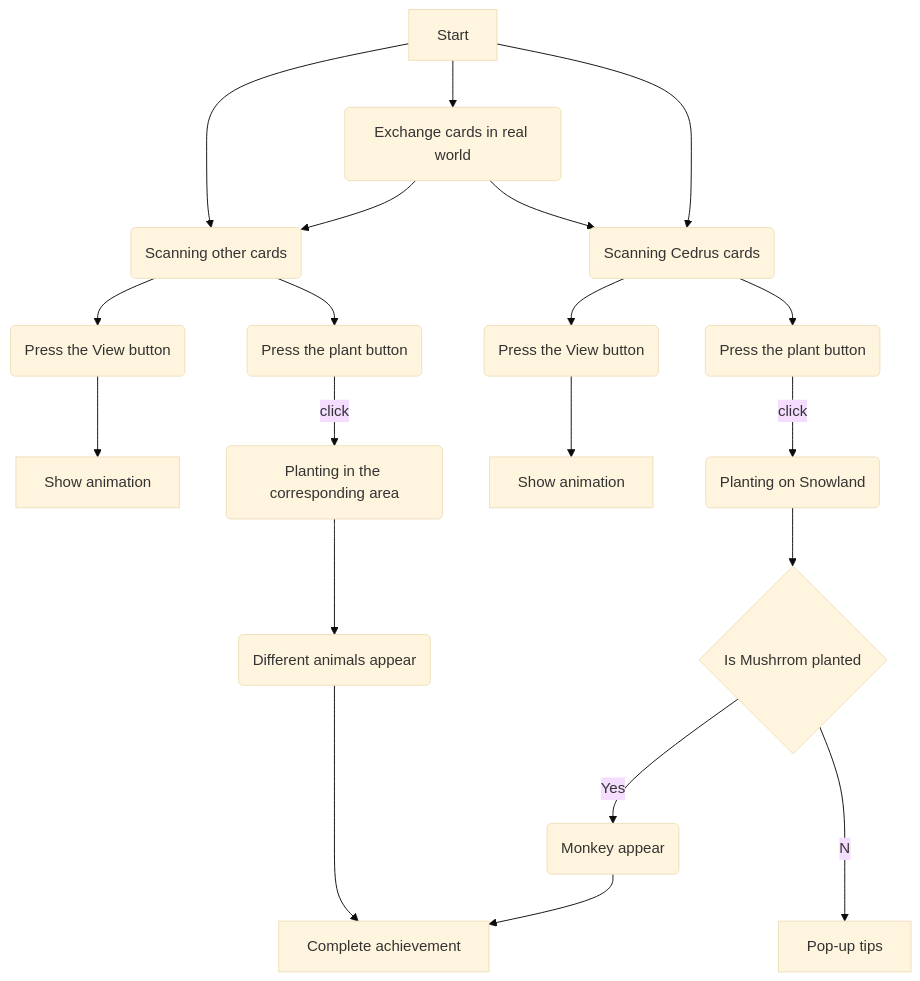
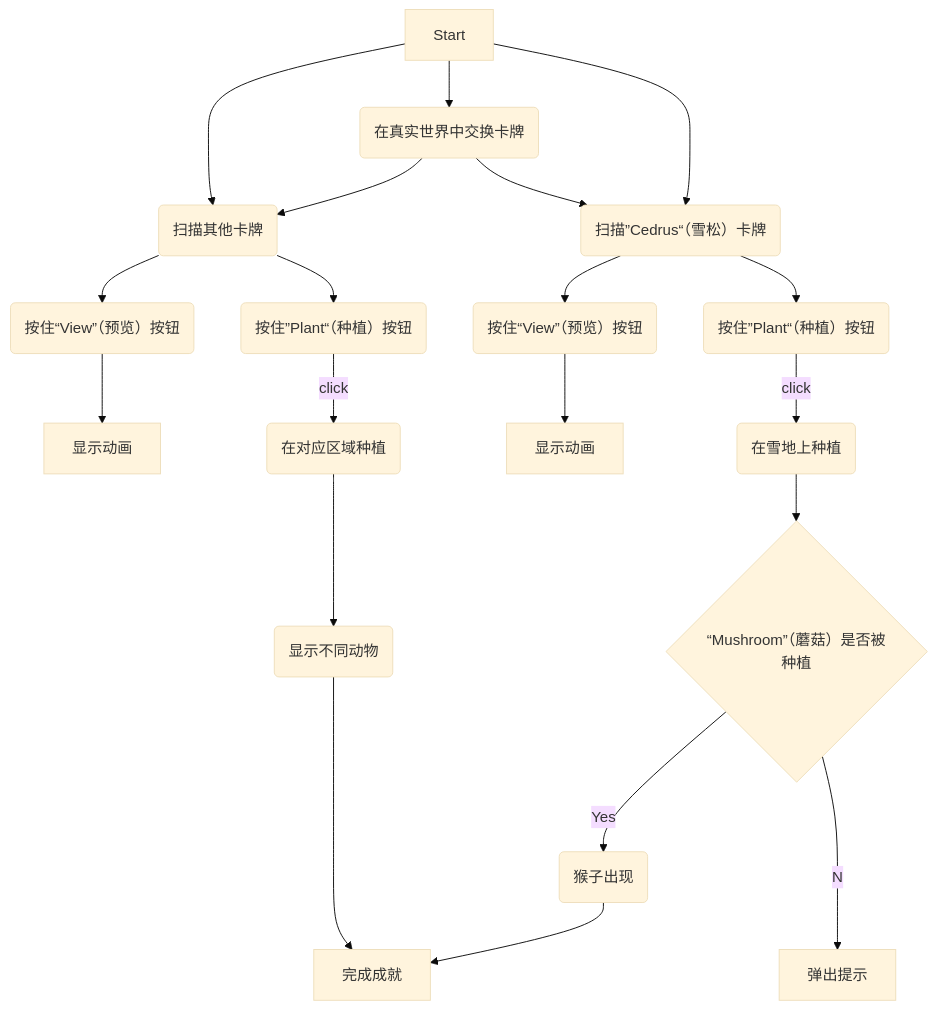
One commit to zhangxiangna/CreativeMakingFinalProject changed the diagram in README.md. Above: the diagram before and after it, drawn with Mermaid (base theme).

````diff
--- a/README.md
+++ b/README.md
@@ -26,22 +26,22 @@
 ```mermaid
 flowchart  TD;
-    A[Start] --> B(Scanning other cards)
-    A -->S(Exchange cards in real world)
+    A[Start] --> B(扫描其他卡牌)
+    A -->S(在真实世界中交换卡牌)
     S -->B 
     S -->E 
-    B --> D(Press the View button)
-    A -->E(Scanning Cedrus cards)
-    B -->G(Press the plant button)
-    G --click-->C(Planting in the corresponding area)
-    C -->H(Different animals appear)
-    E -->J(Press the View button)
-    J -->Q[Show animation]
-    D -->R[Show animation]
-    E -->K(Press the plant button)
-    K --click-->N(Planting on Snowland)
-    N -->L{Is Mushrrom planted}
-    L --Yes-->M(Monkey appear)
-    L --No-->O[Pop-up tips]
-    M -->P[Complete achievement]
+    B --> D(按住“View”（预览）按钮)
+    A -->E(扫描”Cedrus“（雪松）卡牌)
+    B -->G(按住”Plant“（种植）按钮)
+    G --click-->C(在对应区域种植)
+    C -->H(显示不同动物)
+    E -->J(按住“View”（预览）按钮)
+    J -->Q[显示动画]
+    D -->R[显示动画]
+    E -->K(按住”Plant“（种植）按钮)
+    K --click-->N(在雪地上种植)
+    N -->L{“Mushroom”（蘑菇）是否被种植}
+    L --Yes-->M(猴子出现)
+    L --No-->O[弹出提示]
+    M -->P[完成成就]
     H -->P
 ```
````
